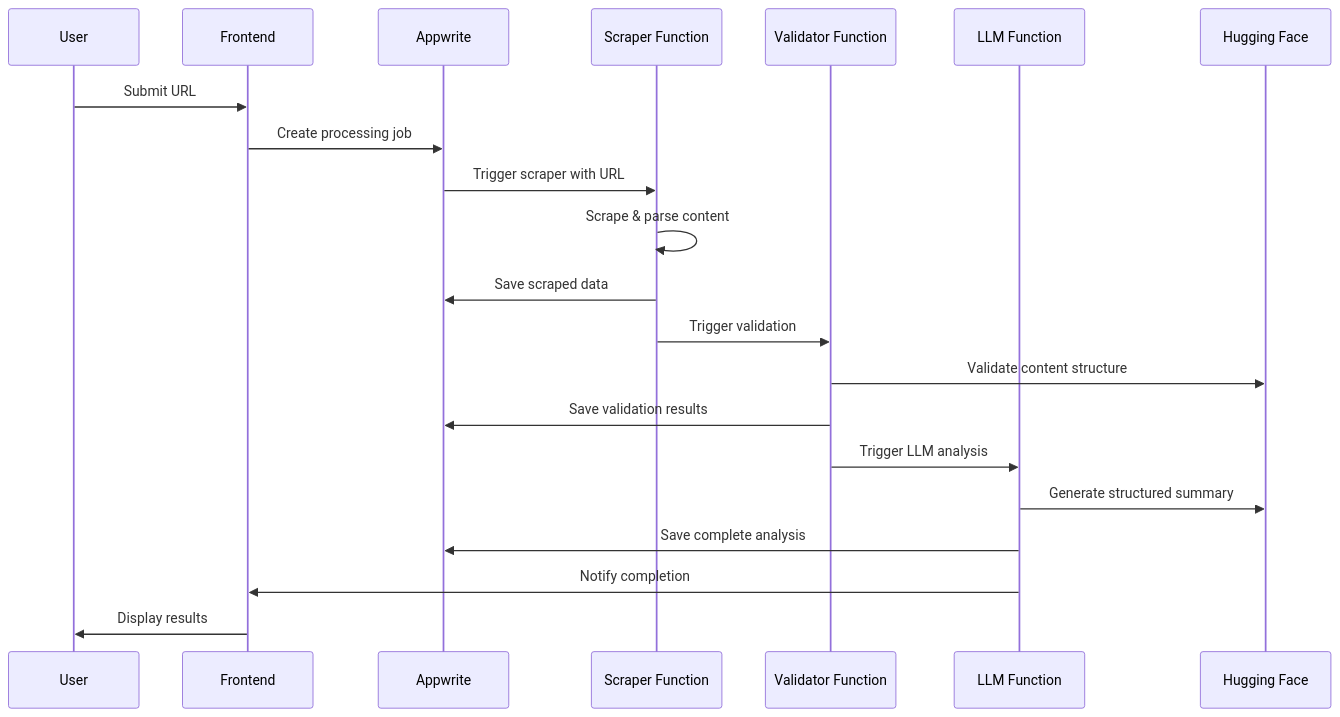
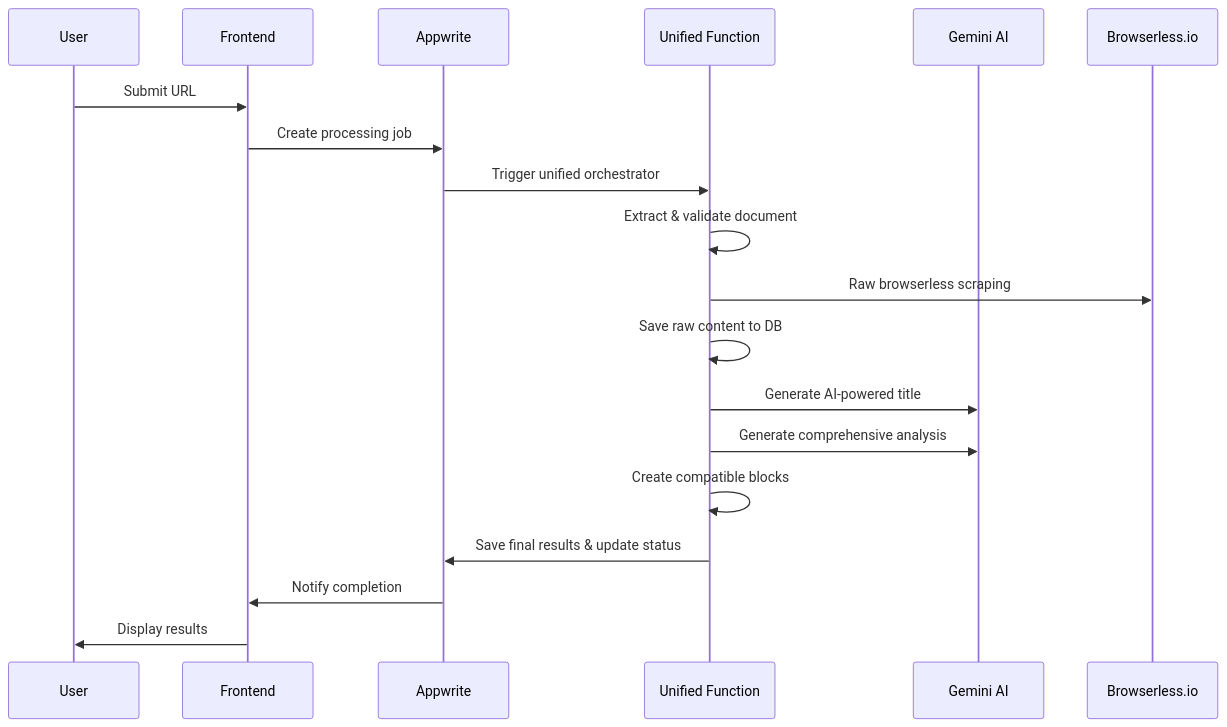
One commit to h1Anonymoush1/Docify changed the second of 4 diagrams in docs/ARCHITECTURE_PLAN.md. Above: the diagram before and after it, drawn with Mermaid. The commit also changed other lines of this file and 11 other files, not shown here.

First line of the commit message:
feat: release Docify Unified Orchestrator v3.0 with enhanced processing capabilities

````diff
--- a/docs/ARCHITECTURE_PLAN.md
+++ b/docs/ARCHITECTURE_PLAN.md
@@ -46,24 +48,22 @@
 ```mermaid
 sequenceDiagram
     participant U as User
     participant F as Frontend
     participant A as Appwrite
-    participant S as Scraper Function
-    participant V as Validator Function
-    participant L as LLM Function
-    participant H as Hugging Face
+    participant UF as Unified Function
+    participant G as Gemini AI
+    participant B as Browserless.io
 
     U->>F: Submit URL
     F->>A: Create processing job
-    A->>S: Trigger scraper with URL
-    S->>S: Scrape & parse content
-    S->>A: Save scraped data
-    S->>V: Trigger validation
-    V->>H: Validate content structure
-    V->>A: Save validation results
-    V->>L: Trigger LLM analysis
-    L->>H: Generate structured summary
-    L->>A: Save complete analysis
-    L->>F: Notify completion
+    A->>UF: Trigger unified orchestrator
+    UF->>UF: Extract & validate document
+    UF->>B: Raw browserless scraping
+    UF->>UF: Save raw content to DB
+    UF->>G: Generate AI-powered title
+    UF->>G: Generate comprehensive analysis
+    UF->>UF: Create compatible blocks
+    UF->>A: Save final results & update status
+    A->>F: Notify completion
     F->>U: Display results
 ```
````
